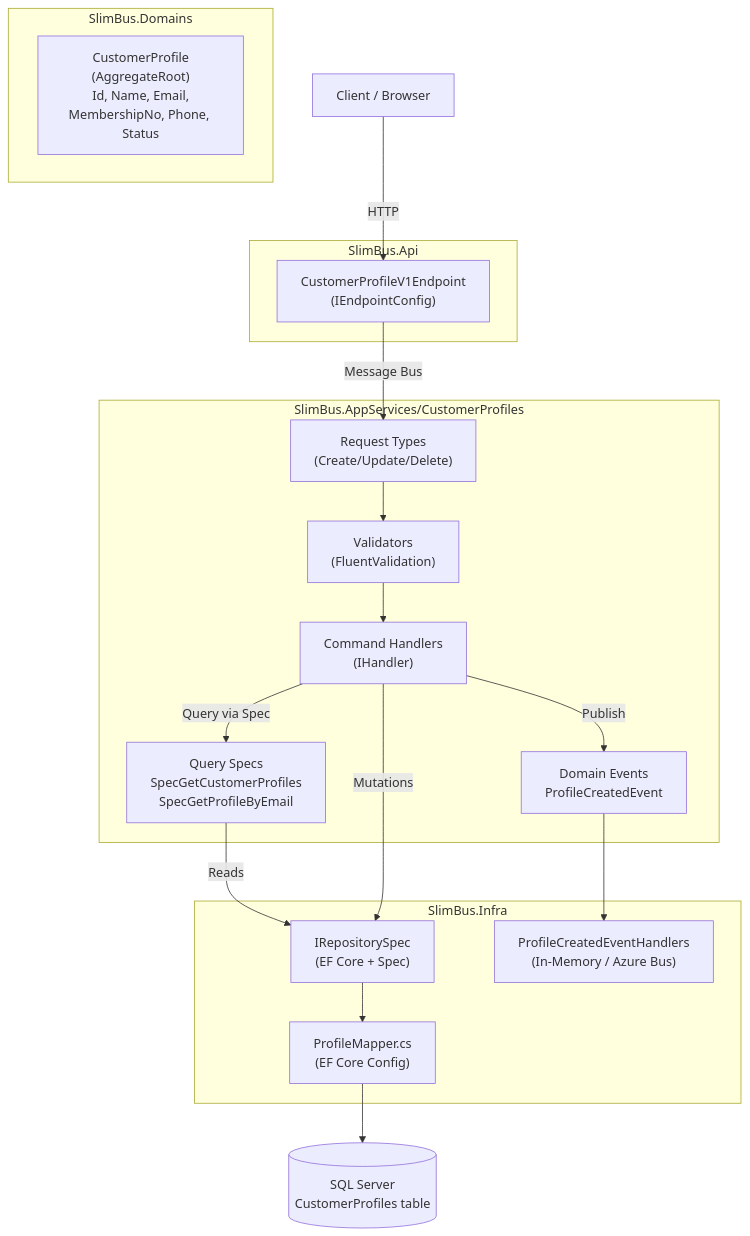
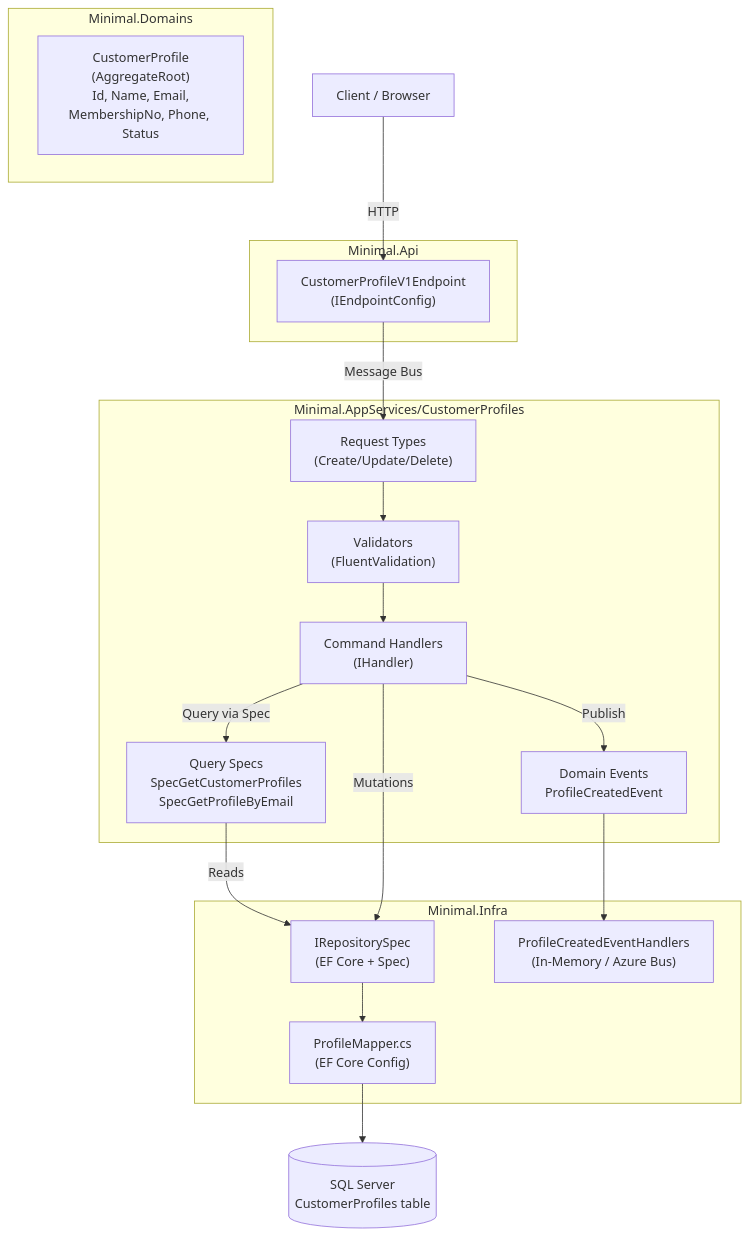
The first of 5 diagrams in docs/features/customer-profiles/architecture.md (baoduy/DKNet.Templates), drawn with Mermaid before and after one commit. The commit also changed other lines of this file and 53 other files, not shown here.

````diff
--- a/docs/features/customer-profiles/architecture.md
+++ b/docs/features/customer-profiles/architecture.md
@@ -8,40 +8,40 @@
 ```mermaid
 graph TD
     Client["Client / Browser"]
 
-    subgraph API["SlimBus.Api"]
+    subgraph API["Minimal.Api"]
         EP["CustomerProfileV1Endpoint\n(IEndpointConfig)"]
     end
 
-    subgraph AppServices["SlimBus.AppServices/CustomerProfiles"]
+    subgraph AppServices["Minimal.AppServices/CustomerProfiles"]
         REQ["Request Types\n(Create/Update/Delete)"]
         VAL["Validators\n(FluentValidation)"]
         HDL["Command Handlers\n(IHandler)"]
         SPEC["Query Specs\nSpecGetCustomerProfiles\nSpecGetProfileByEmail"]
         EVT["Domain Events\nProfileCreatedEvent"]
     end
 
-    subgraph Domains["SlimBus.Domains"]
+    subgraph Domains["Minimal.Domains"]
         ENT["CustomerProfile\n(AggregateRoot)\nId, Name, Email,\nMembershipNo, Phone, Status"]
     end
 
-    subgraph Infra["SlimBus.Infra"]
+    subgraph Infra["Minimal.Infra"]
         MAP["ProfileMapper.cs\n(EF Core Config)"]
         REPO["IRepositorySpec\n(EF Core + Spec)"]
         EVH["ProfileCreatedEventHandlers\n(In-Memory / Azure Bus)"]
     end
 
     DB[("SQL Server\nCustomerProfiles table")]
 
     Client -->|HTTP| EP
     EP -->|Message Bus| REQ
     REQ --> VAL
     VAL --> HDL
     HDL -->|Query via Spec| SPEC
     SPEC -->|Reads| REPO
     HDL -->|Mutations| REPO
     HDL -->|Publish| EVT
     REPO --> MAP
     MAP --> DB
     EVT --> EVH
 ```
````
